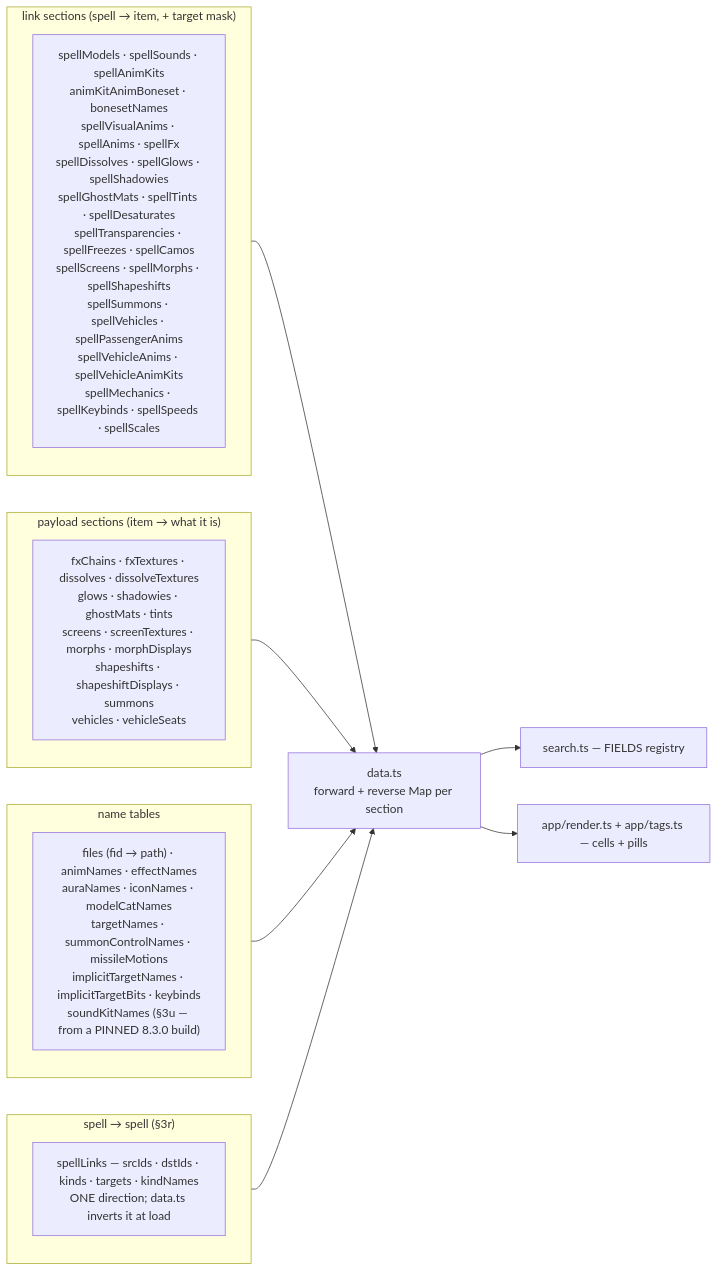
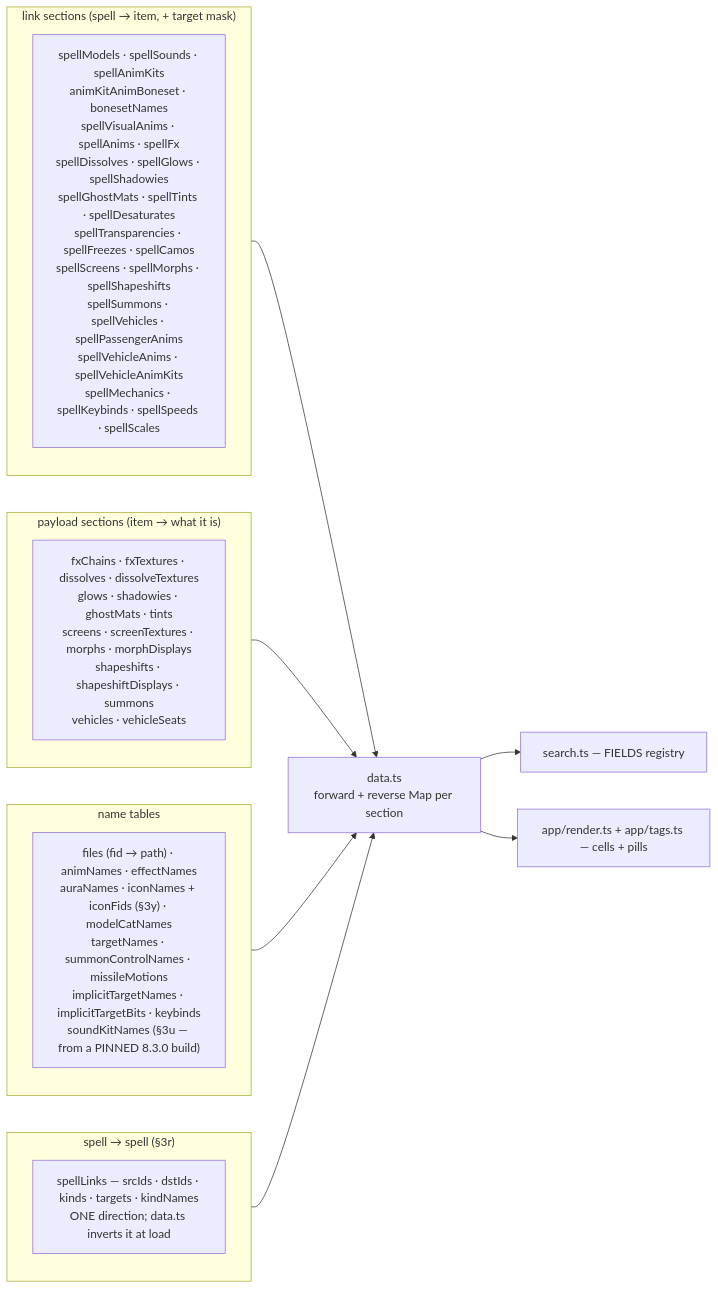
Diagram 20 of 22 in docs/DATA_ROUTES.md (Natans8/Epsilook), drawn with Mermaid before and after one commit. The commit also changed other lines of this file and 22 other files, not shown here.

````diff
--- a/docs/DATA_ROUTES.md
+++ b/docs/DATA_ROUTES.md
@@ -1378,21 +1378,21 @@
 ```mermaid
 flowchart LR
     subgraph LINK["link sections (spell → item, + target mask)"]
         L1["spellModels · spellSounds · spellAnimKits<br/>animKitAnimBoneset · bonesetNames<br/>spellVisualAnims · spellAnims · spellFx<br/>spellDissolves · spellGlows · spellShadowies<br/>spellGhostMats · spellTints · spellDesaturates<br/>spellTransparencies · spellFreezes · spellCamos<br/>spellScreens · spellMorphs · spellShapeshifts<br/>spellSummons · spellVehicles · spellPassengerAnims<br/>spellVehicleAnims · spellVehicleAnimKits<br/>spellMechanics · spellKeybinds · spellSpeeds · spellScales"]
     end
     subgraph SPELL["spell → spell (§3r)"]
         S1["spellLinks — srcIds · dstIds · kinds · targets · kindNames<br/>ONE direction; data.ts inverts it at load"]
     end
     subgraph PAY["payload sections (item → what it is)"]
         P1["fxChains · fxTextures · dissolves · dissolveTextures<br/>glows · shadowies · ghostMats · tints<br/>screens · screenTextures · morphs · morphDisplays<br/>shapeshifts · shapeshiftDisplays · summons<br/>vehicles · vehicleSeats"]
     end
     subgraph NAME["name tables"]
-        N1["files (fid → path) · animNames · effectNames<br/>auraNames · iconNames · modelCatNames<br/>targetNames · summonControlNames · missileMotions<br/>implicitTargetNames · implicitTargetBits · keybinds<br/>soundKitNames (§3u — from a PINNED 8.3.0 build)"]
+        N1["files (fid → path) · animNames · effectNames<br/>auraNames · iconNames + iconFids (§3y) · modelCatNames<br/>targetNames · summonControlNames · missileMotions<br/>implicitTargetNames · implicitTargetBits · keybinds<br/>soundKitNames (§3u — from a PINNED 8.3.0 build)"]
     end
     LINK --> IDX["data.ts<br/>forward + reverse Map per section"]
     PAY --> IDX
     NAME --> IDX
     SPELL --> IDX
     IDX --> Q["search.ts — FIELDS registry"]
     IDX --> R["app/render.ts + app/tags.ts — cells + pills"]
 ```
````
